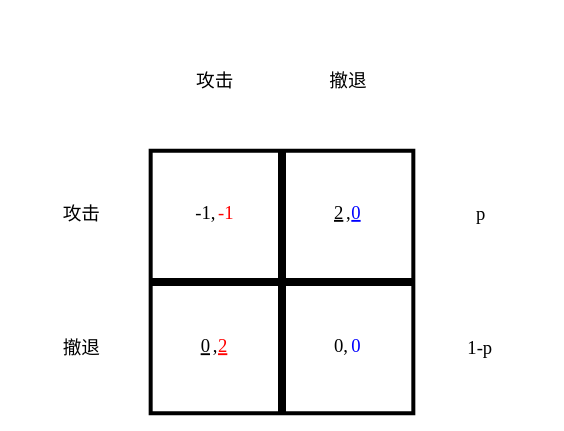
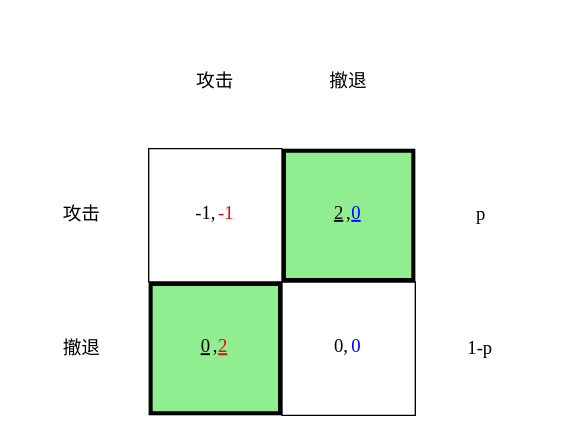
Before and after one commit to Binjian/org: the eighth of 12 diagrams in mode/drl_101.org, drawn with Graphviz. The commit also changed other lines of this file, not shown here.

```diff
--- a/mode/drl_101.org
+++ b/mode/drl_101.org
@@ -324,25 +333,25 @@
 #+begin_src dot :file img/_generated/mixed.png
 digraph G {
     node1 [shape=none, margin=0, fontname="LXGW WenKai Mono", label=<
         <TABLE BORDER="0" CELLBORDER="0" CELLSPACING="0" CELLPADDING="0" WIDTH="400" HEIGHT="300">
             <TR>
                 <TD WIDTH="100" HEIGHT="100" BGCOLOR="None"></TD>
                 <TD WIDTH="100" HEIGHT="100" BGCOLOR="None">攻击</TD>
                 <TD WIDTH="100" HEIGHT="100" BGCOLOR="None">撤退</TD>
             </TR>
             <TR>
                 <TD WIDTH="100" HEIGHT="100" BGCOLOR="None">攻击</TD>
-                <TD WIDTH="100" HEIGHT="100" BORDER="3">-1,<FONT COLOR="red">-1</FONT></TD>
-                <TD WIDTH="100" HEIGHT="100" BORDER="3"><u>2</u>,<u><FONT COLOR="blue">0</FONT></u></TD>
+                <TD WIDTH="100" HEIGHT="100" BORDER="1">-1,<FONT COLOR="red">-1</FONT></TD>
+                <TD WIDTH="100" HEIGHT="100" BGCOLOR="lightgreen" BORDER="3"><u>2</u>,<u><FONT COLOR="blue">0</FONT></u></TD>
                 <TD WIDTH="100" HEIGHT="100">p</TD>
             </TR>
             <TR>
                 <TD WIDTH="100" HEIGHT="100" BGCOLOR="None">撤退</TD>
-                <TD WIDTH="100" HEIGHT="100" BORDER="3"><u>0</u>,<u><FONT COLOR="red">2</FONT></u></TD>
-                <TD WIDTH="100" HEIGHT="100" BORDER="3">0,<FONT COLOR="blue">0</FONT></TD>
+                <TD WIDTH="100" HEIGHT="100" BGCOLOR="lightgreen" BORDER="3"><u>0</u>,<u><FONT COLOR="red">2</FONT></u></TD>
+                <TD WIDTH="100" HEIGHT="100" BORDER="1">0,<FONT COLOR="blue">0</FONT></TD>
                 <TD WIDTH="100" HEIGHT="100">1-p</TD>
             </TR>
         </TABLE>
     >];
 }
 #+end_src
```
